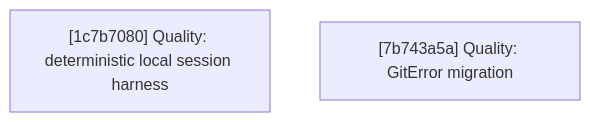
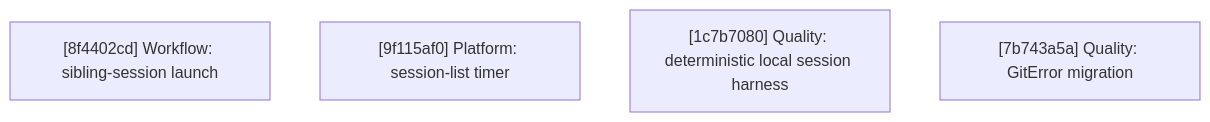
Before and after one commit to agentty-xyz/agentty: the diagram in docs/plan/roadmap.md, drawn with Mermaid. The commit also changed other lines of this file and 3 other files, not shown here.

First line of the commit message:
Promote roadmap slices and simplify assignee format

````diff
--- a/docs/plan/roadmap.md
+++ b/docs/plan/roadmap.md
@@ -93,5 +149,7 @@
 ```mermaid
 flowchart TD
+    R1["[8f4402cd] Workflow: sibling-session launch"]
+    R2["[9f115af0] Platform: session-list timer"]
     R3["[1c7b7080] Quality: deterministic local session harness"]
     R4["[7b743a5a] Quality: GitError migration"]
 ```
````
